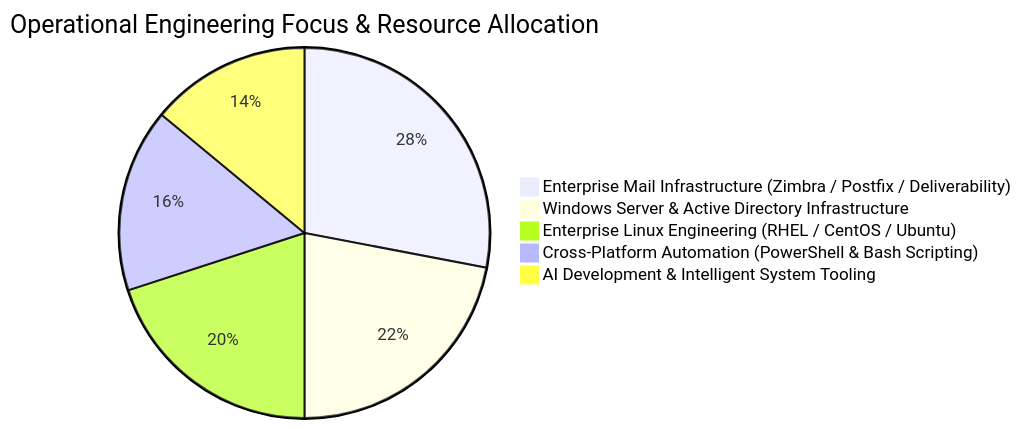
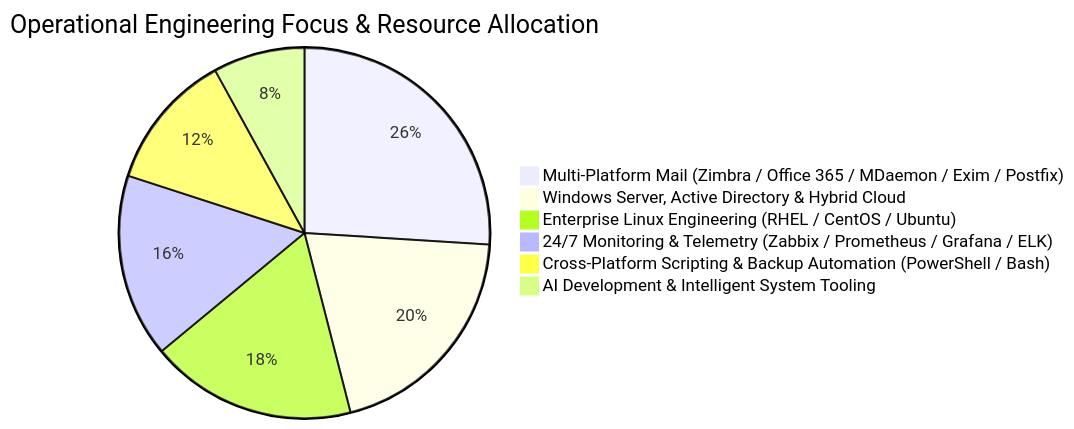
Before and after one commit to 0xAndyNew/0xAndyNew: the second of 2 diagrams in README.md, drawn with Mermaid. The commit also changed other lines of this file, not shown here.

````diff
--- a/README.md
+++ b/README.md
@@ -189,8 +240,9 @@
 ```mermaid
 pie title Operational Engineering Focus & Resource Allocation
-    "Enterprise Mail Infrastructure (Zimbra / Postfix / Deliverability)" : 28
-    "Windows Server & Active Directory Infrastructure" : 22
-    "Enterprise Linux Engineering (RHEL / CentOS / Ubuntu)" : 20
-    "Cross-Platform Automation (PowerShell & Bash Scripting)" : 16
-    "AI Development & Intelligent System Tooling" : 14
+    "Multi-Platform Mail (Zimbra / Office 365 / MDaemon / Exim / Postfix)" : 26
+    "Windows Server, Active Directory & Hybrid Cloud" : 20
+    "Enterprise Linux Engineering (RHEL / CentOS / Ubuntu)" : 18
+    "24/7 Monitoring & Telemetry (Zabbix / Prometheus / Grafana / ELK)" : 16
+    "Cross-Platform Scripting & Backup Automation (PowerShell / Bash)" : 12
+    "AI Development & Intelligent System Tooling" : 8
 ```
````
